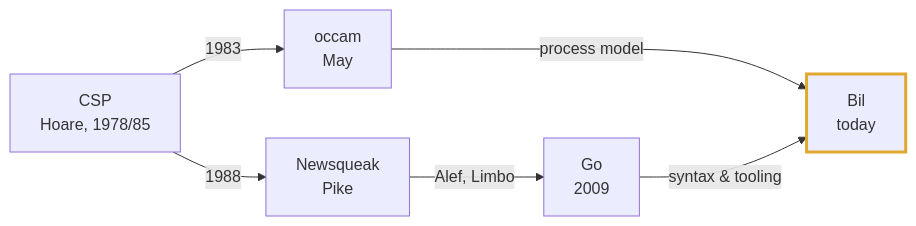
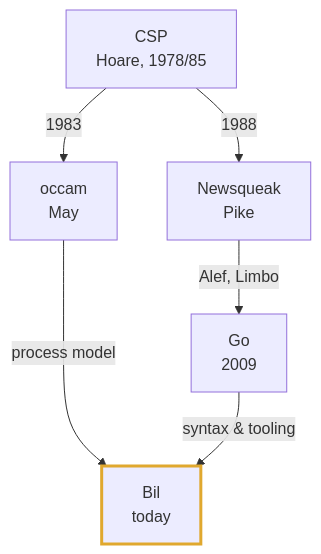
Before and after one commit to bil-lang/bil: the first of 21 diagrams in docs/guide.md, drawn with Mermaid.

Commit message:
Change flowchart direction from LR to TD
Updated flowchart direction in documentation.

````diff
--- a/docs/guide.md
+++ b/docs/guide.md
@@ -15,16 +15,16 @@
 ```mermaid
-flowchart LR
+flowchart TD
     CSP["CSP<br/>Hoare, 1978/85"]
     Newsqueak["Newsqueak<br/>Pike"]
     Go["Go<br/>2009"]
     occam["occam<br/>May"]
     Bil["Bil<br/>today"]
 
     CSP -->|1988| Newsqueak
     CSP -->|1983| occam
     occam --->|process model| Bil
     Newsqueak -->|Alef, Limbo| Go
     Go -->|syntax & tooling| Bil
 
     style Bil stroke:#e0a82e,stroke-width:3px
 ```
````
